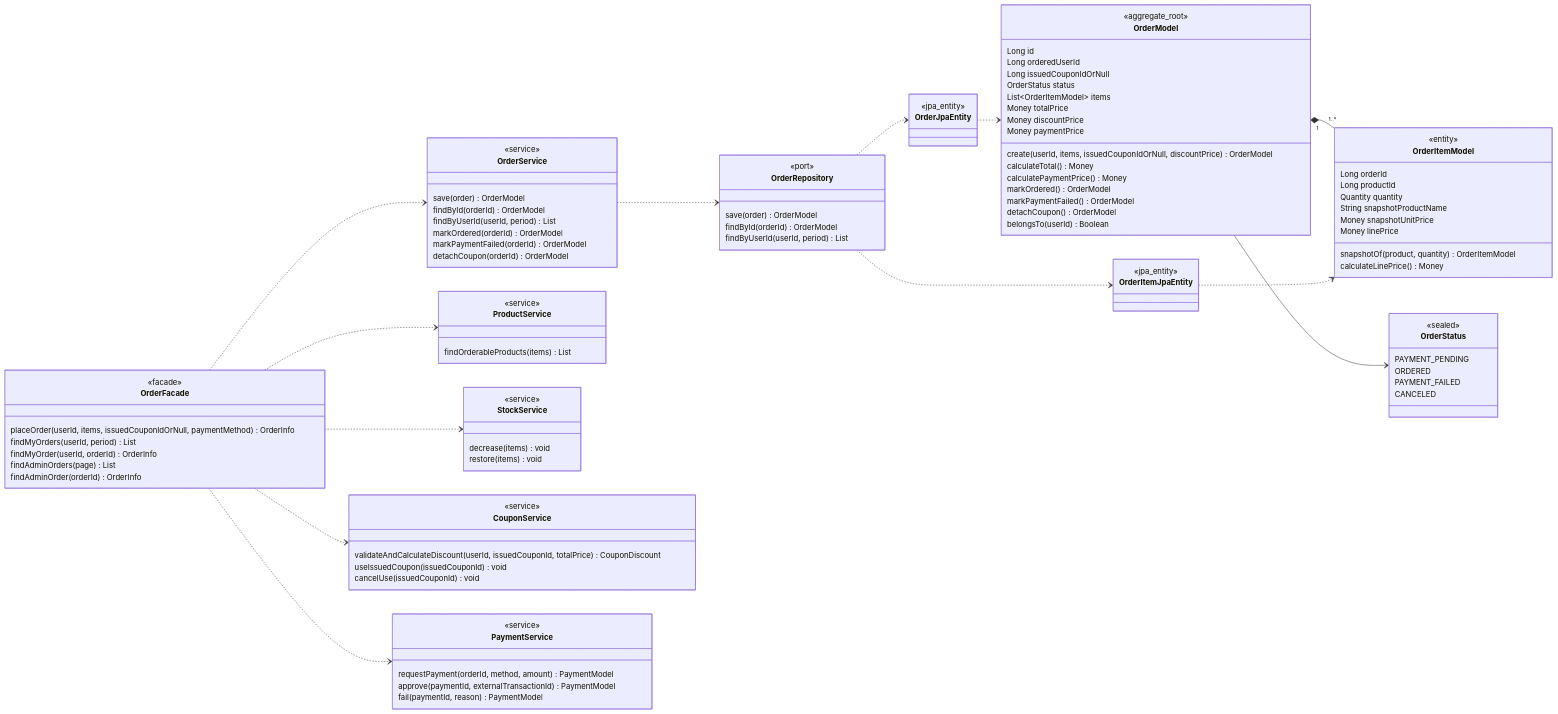
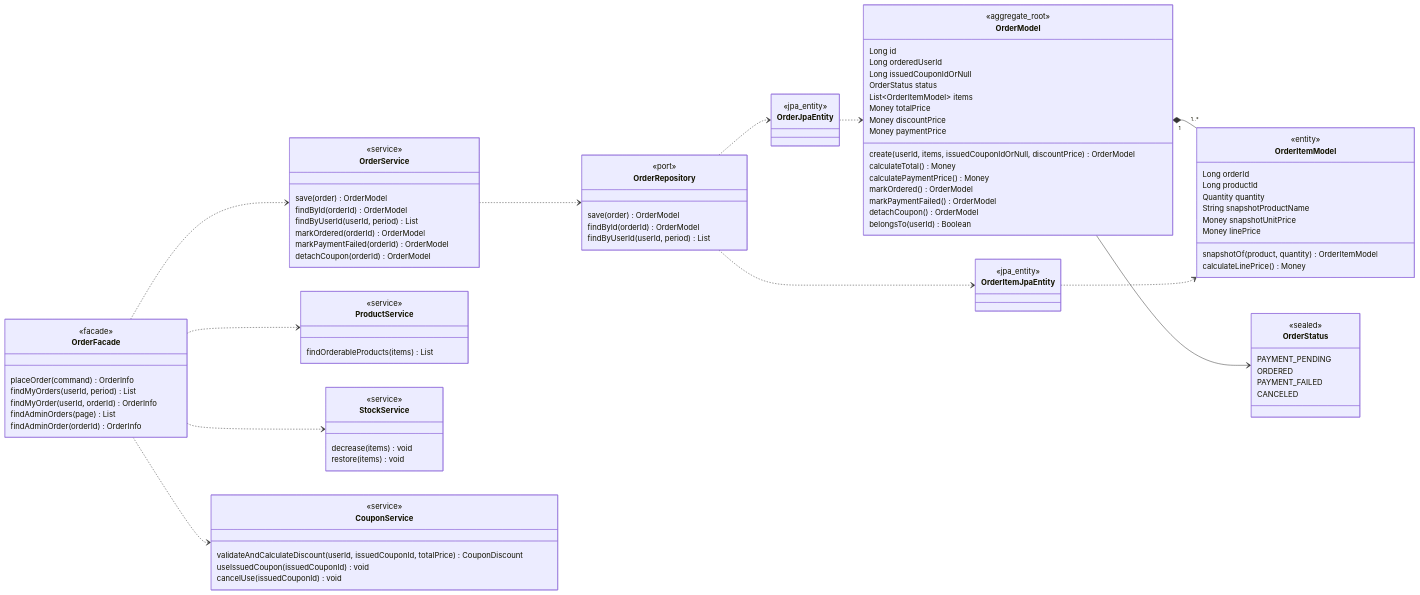
One commit to loopers-labs/loop-pack-be-l2-vol4-kotlin changed the sixth of 11 diagrams in docs/design/03-class-diagram.md. Above: the diagram before and after it, drawn with Mermaid. The commit also changed other lines of this file and 3 other files, not shown here.

```diff
--- a/docs/design/03-class-diagram.md
+++ b/docs/design/03-class-diagram.md
@@ -669,7 +765,7 @@
 
     class OrderFacade {
         <<facade>>
-        placeOrder(userId, items, issuedCouponIdOrNull, paymentMethod) OrderInfo
+        placeOrder(command) OrderInfo
         findMyOrders(userId, period) List
         findMyOrder(userId, orderId) OrderInfo
         findAdminOrders(page) List
@@ -704,13 +800,6 @@
         cancelUse(issuedCouponId) void
     }
 
-    class PaymentService {
-        <<service>>
-        requestPayment(orderId, method, amount) PaymentModel
-        approve(paymentId, externalTransactionId) PaymentModel
-        fail(paymentId, reason) PaymentModel
-    }
-
     class OrderRepository {
         <<port>>
         save(order) OrderModel
@@ -732,7 +821,6 @@
     OrderFacade ..> ProductService
     OrderFacade ..> StockService
     OrderFacade ..> CouponService
-    OrderFacade ..> PaymentService
     OrderService ..> OrderRepository
     OrderRepository ..> OrderJpaEntity
     OrderRepository ..> OrderItemJpaEntity
```
